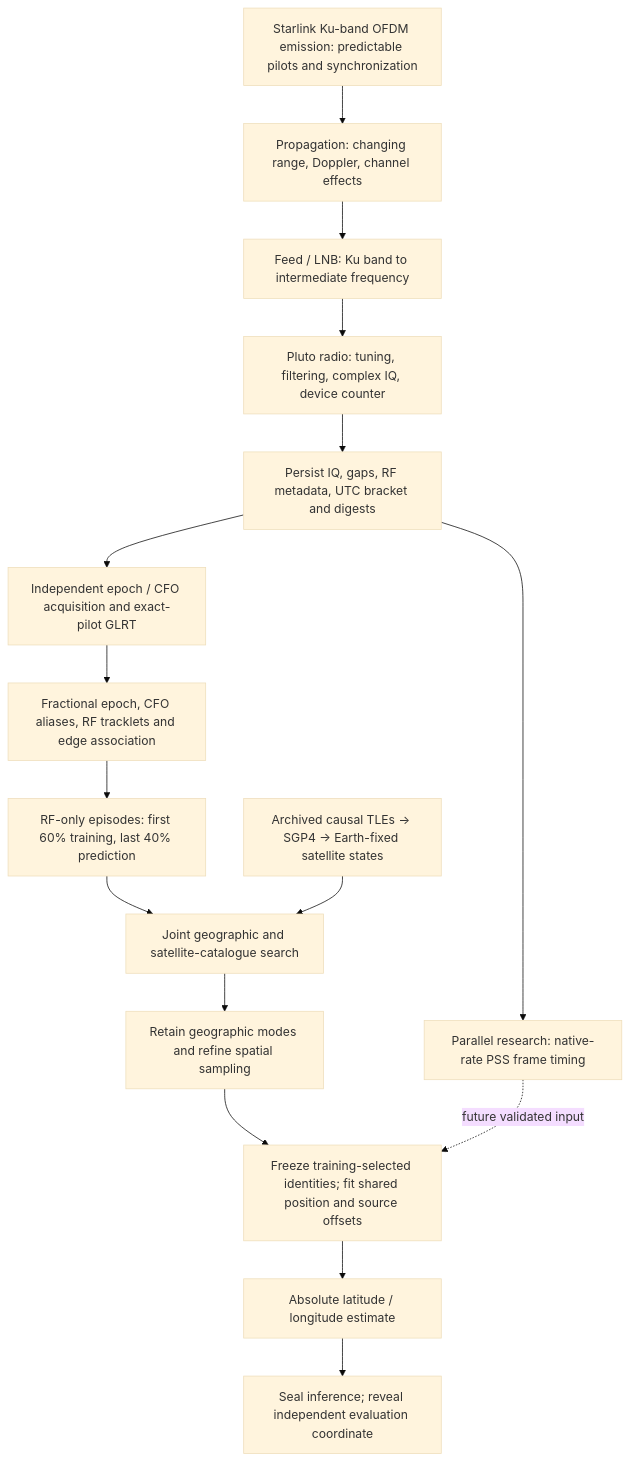
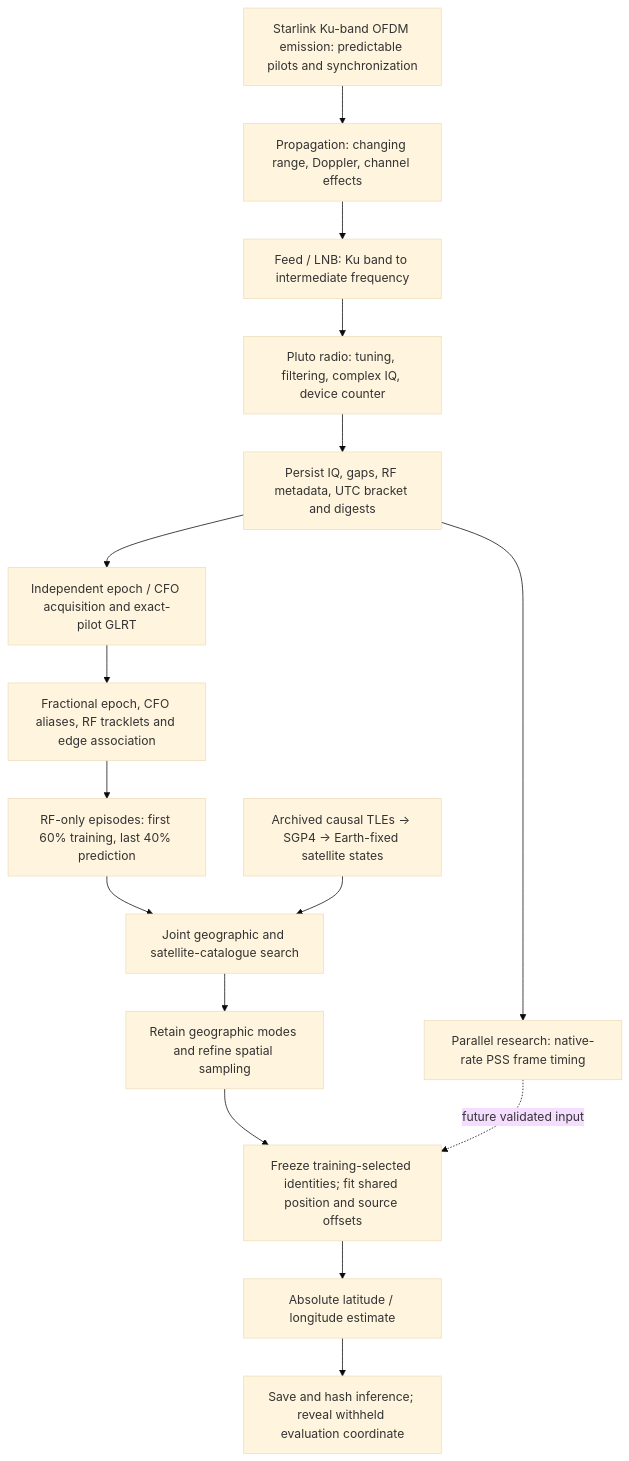
Before and after one commit to misko/leo-tracker-reduxredux: the diagram in reports/2026_09_07_continental_positioning_synthesis.md, drawn with Mermaid (base theme). The commit also changed other lines of this file and 1 other file, not shown here.

````diff
--- a/reports/2026_09_07_continental_positioning_synthesis.md
+++ b/reports/2026_09_07_continental_positioning_synthesis.md
@@ -108,18 +191,18 @@
 ```mermaid
 flowchart TD
     A[Starlink Ku-band OFDM emission: predictable pilots and synchronization] --> B[Propagation: changing range, Doppler, channel effects]
     B --> C[Feed / LNB: Ku band to intermediate frequency]
     C --> D[Pluto radio: tuning, filtering, complex IQ, device counter]
     D --> E[Persist IQ, gaps, RF metadata, UTC bracket and digests]
     E --> F[Independent epoch / CFO acquisition and exact-pilot GLRT]
     F --> G[Fractional epoch, CFO aliases, RF tracklets and edge association]
     G --> H[RF-only episodes: first 60% training, last 40% prediction]
     H --> I[Joint geographic and satellite-catalogue search]
     T[Archived causal TLEs → SGP4 → Earth-fixed satellite states] --> I
     I --> J[Retain geographic modes and refine spatial sampling]
     J --> K[Freeze training-selected identities; fit shared position and source offsets]
     K --> L[Absolute latitude / longitude estimate]
-    L --> M[Seal inference; reveal independent evaluation coordinate]
+    L --> M[Save and hash inference; reveal withheld evaluation coordinate]
     E --> P[Parallel research: native-rate PSS frame timing]
     P -. future validated input .-> K
 ```
````
